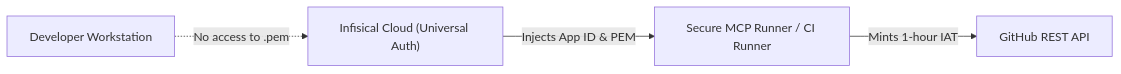
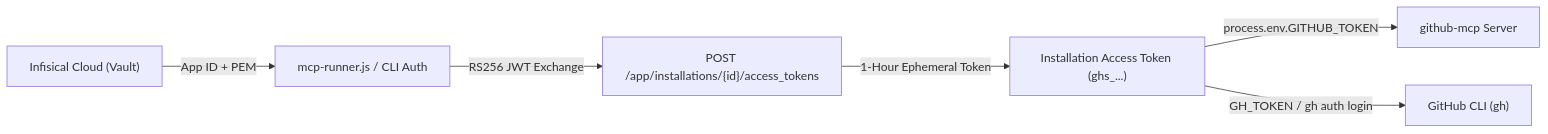
One commit to tupynambalucas-dev/agent-mesh changed the second of 2 diagrams in references/github-app-architecture-and-governance.md. Above: the diagram before and after it, drawn with Mermaid. The commit also changed other lines of this file, not shown here.

Commit message:
docs(references): tailor github app governance for org-manager and mcp integration

````diff
--- a/references/github-app-architecture-and-governance.md
+++ b/references/github-app-architecture-and-governance.md
@@ -128,8 +85,11 @@
 ```mermaid
 graph LR
   direction LR
 
-  Infisical["Infisical Cloud (Universal Auth)"] -->|Injects App ID & PEM| Runner["Secure MCP Runner / CI Runner"]
-  Runner -->|Mints 1-hour IAT| GitHubAPI["GitHub REST API"]
-  Developer["Developer Workstation"] -.->|No access to .pem| Infisical
+  Infisical["Infisical Cloud (Vault)"] -->|App ID + PEM| Loader["mcp-runner.js / CLI Auth"]
+  Loader -->|RS256 JWT Exchange| GitHubAuth["POST /app/installations/{id}/access_tokens"]
+  GitHubAuth -->|1-Hour Ephemeral Token| Token["Installation Access Token (ghs_...)"]
+
+  Token -->|process.env.GITHUB_TOKEN| MCP["github-mcp Server"]
+  Token -->|GH_TOKEN / gh auth login| CLI["GitHub CLI (gh)"]
 ```
````
